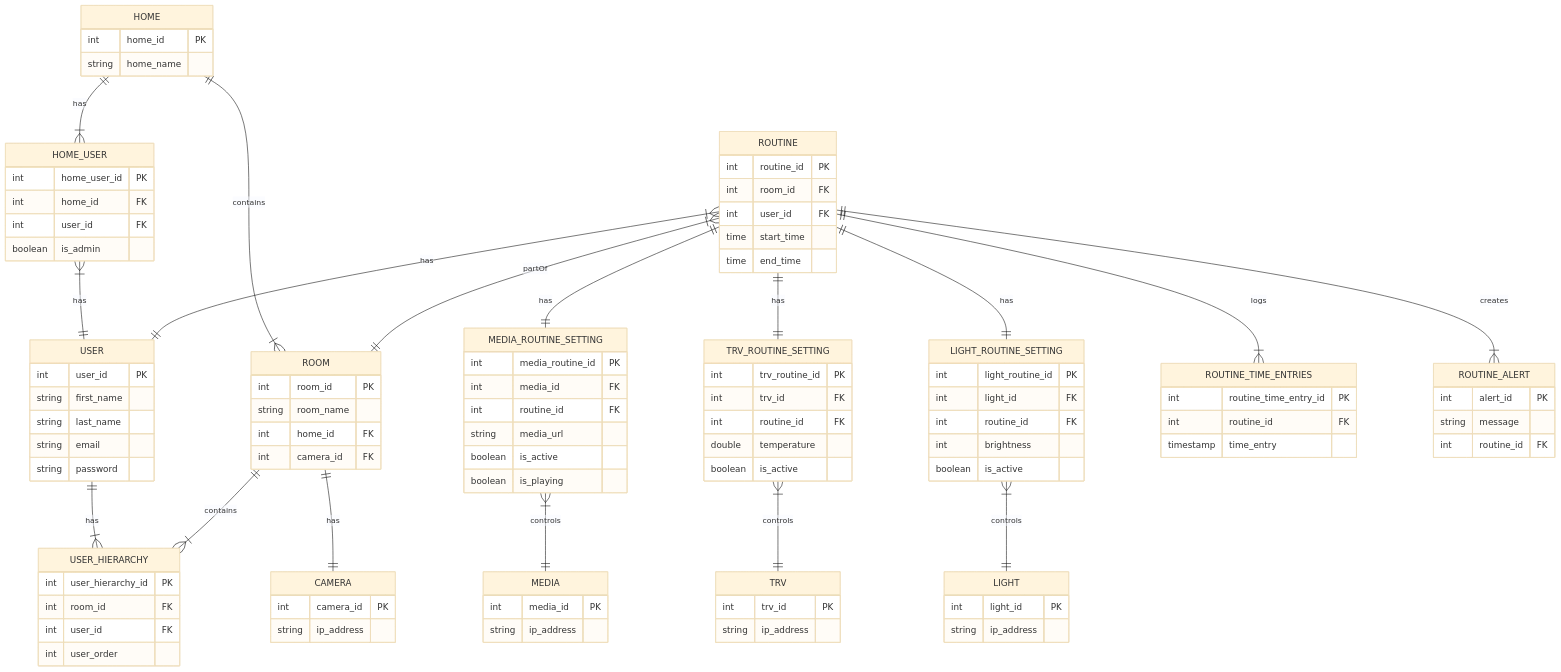
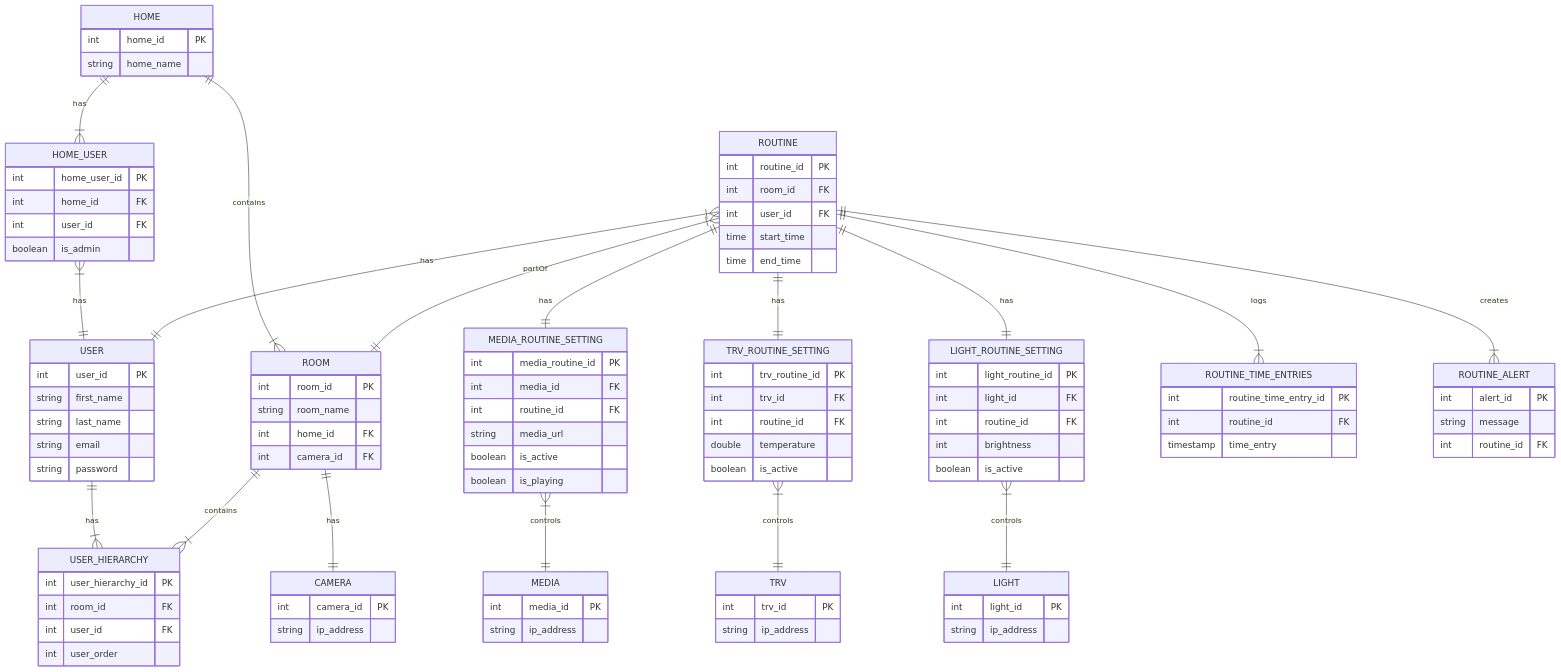
One commit to cmurphy88/jarvis changed the second of 2 diagrams in README.md. Above: the diagram before and after it, drawn with Mermaid.

````diff
--- a/README.md
+++ b/README.md
@@ -27,5 +27,5 @@
 ```mermaid
-%%{init: {'theme':'base'}}%%
+%%{init: {'theme':'base', lineColor: 'yellow'}}%%
 erDiagram
     USER {
         int user_id PK
````
